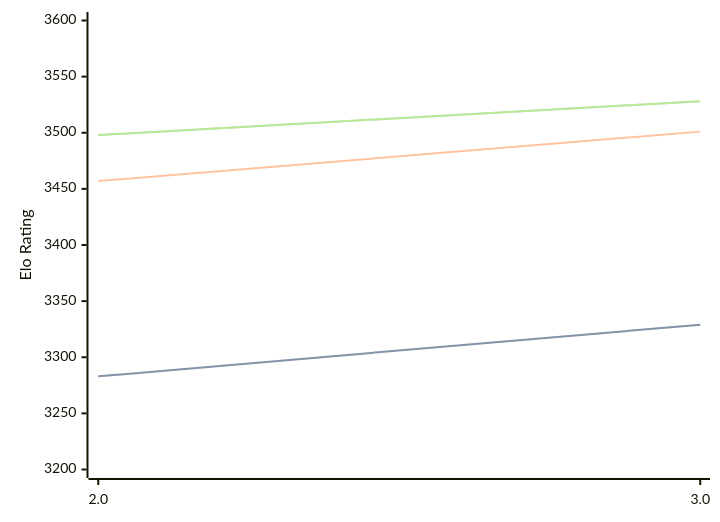
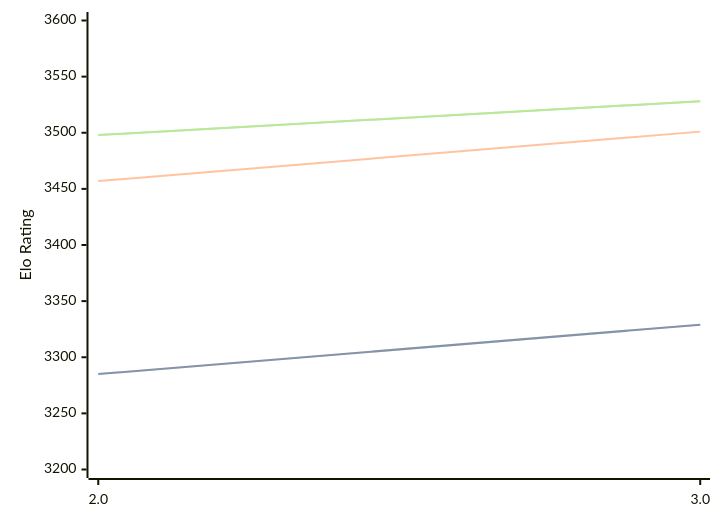
Before and after one commit to computer-chess-index/cci: the diagram in engines/Quanticade.md, drawn with Mermaid. The commit also changed other lines of this file, not shown here.

````diff
--- a/engines/Quanticade.md
+++ b/engines/Quanticade.md
@@ -41,11 +41,11 @@
 ```mermaid
 %%{init: {"theme":"base","themeVariables":{"seriesColors:['#a3a3a3','#222221','#faa371']}}}%%
 xychart-beta
   x-axis ["2.0", "3.0"]
   y-axis "Elo Rating" 3200 --> 3600
-  line "STC (8.0+0.08s)" [3283, 3329]
-  line "STC (8.0+0.08s)" [3283, 3329]
+  line "STC (8.0+0.08s)" [3285, 3329]
+  line "STC (8.0+0.08s)" [3285, 3329]
   line "LTC (60.0+0.60s)" [3457, 3501]
   line "VLTC (2m24s+1.12s)" [3498, 3528]
   line "VLTC (2m24s+1.12s)" [3498, 3528]
 ```
````
